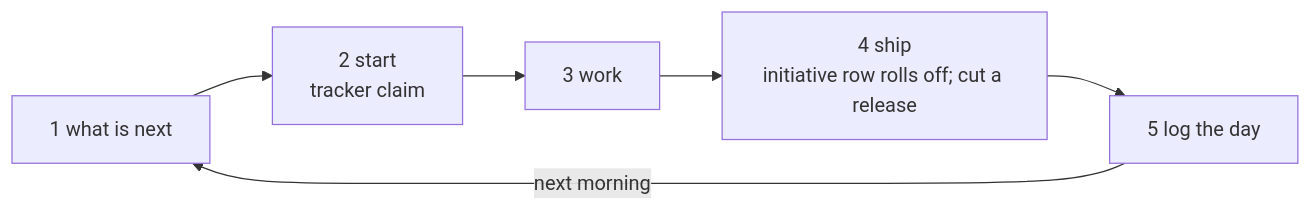
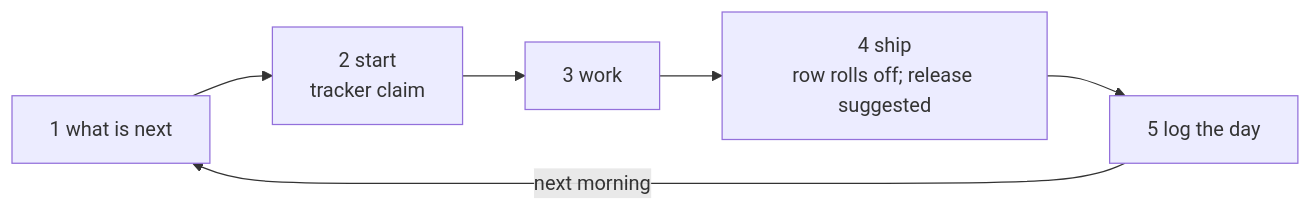
One commit to lagtac/my-fab-agent-setup changed the first of 3 diagrams in docs/workflow-skills.md. Above: the diagram before and after it, drawn with Mermaid. The commit also changed other lines of this file, not shown here.

````diff
--- a/docs/workflow-skills.md
+++ b/docs/workflow-skills.md
@@ -35,8 +37,8 @@
 ```mermaid
 flowchart LR
     A["1 what is next"] --> B["2 start<br/>tracker claim"]
     B --> C["3 work"]
-    C --> D["4 ship<br/>initiative row rolls off; cut a release"]
+    C --> D["4 ship<br/>row rolls off; release suggested"]
     D --> E["5 log the day"]
     E -->|next morning| A
 ```
````
